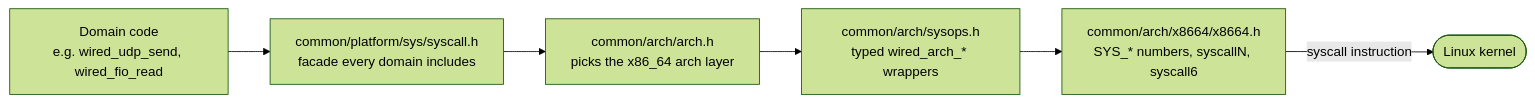
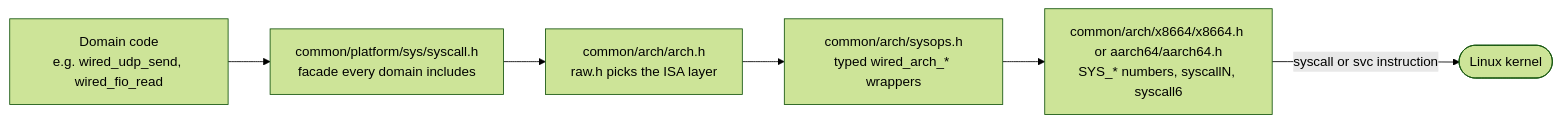
Before and after one commit to Hakkadaikon/wired: the diagram in docs/syscalls.md, drawn with Mermaid (forest theme). The commit also changed other lines of this file and 9 other files, not shown here.

````diff
--- a/docs/syscalls.md
+++ b/docs/syscalls.md
@@ -32,8 +32,8 @@
 ```mermaid
 flowchart LR
   dom["Domain code<br/>e.g. wired_udp_send, wired_fio_read"] --> fac["common/platform/sys/syscall.h<br/>facade every domain includes"]
-  fac --> arch["common/arch/arch.h<br/>picks the x86_64 arch layer"]
+  fac --> arch["common/arch/arch.h<br/>raw.h picks the ISA layer"]
   arch --> ops["common/arch/sysops.h<br/>typed wired_arch_* wrappers"]
-  ops --> raw["common/arch/x8664/x8664.h<br/>SYS_* numbers, syscallN, syscall6"]
-  raw -->|"syscall instruction"| k(["Linux kernel"])
+  ops --> raw["common/arch/x8664/x8664.h or aarch64/aarch64.h<br/>SYS_* numbers, syscallN, syscall6"]
+  raw -->|"syscall or svc instruction"| k(["Linux kernel"])
 ```
````
